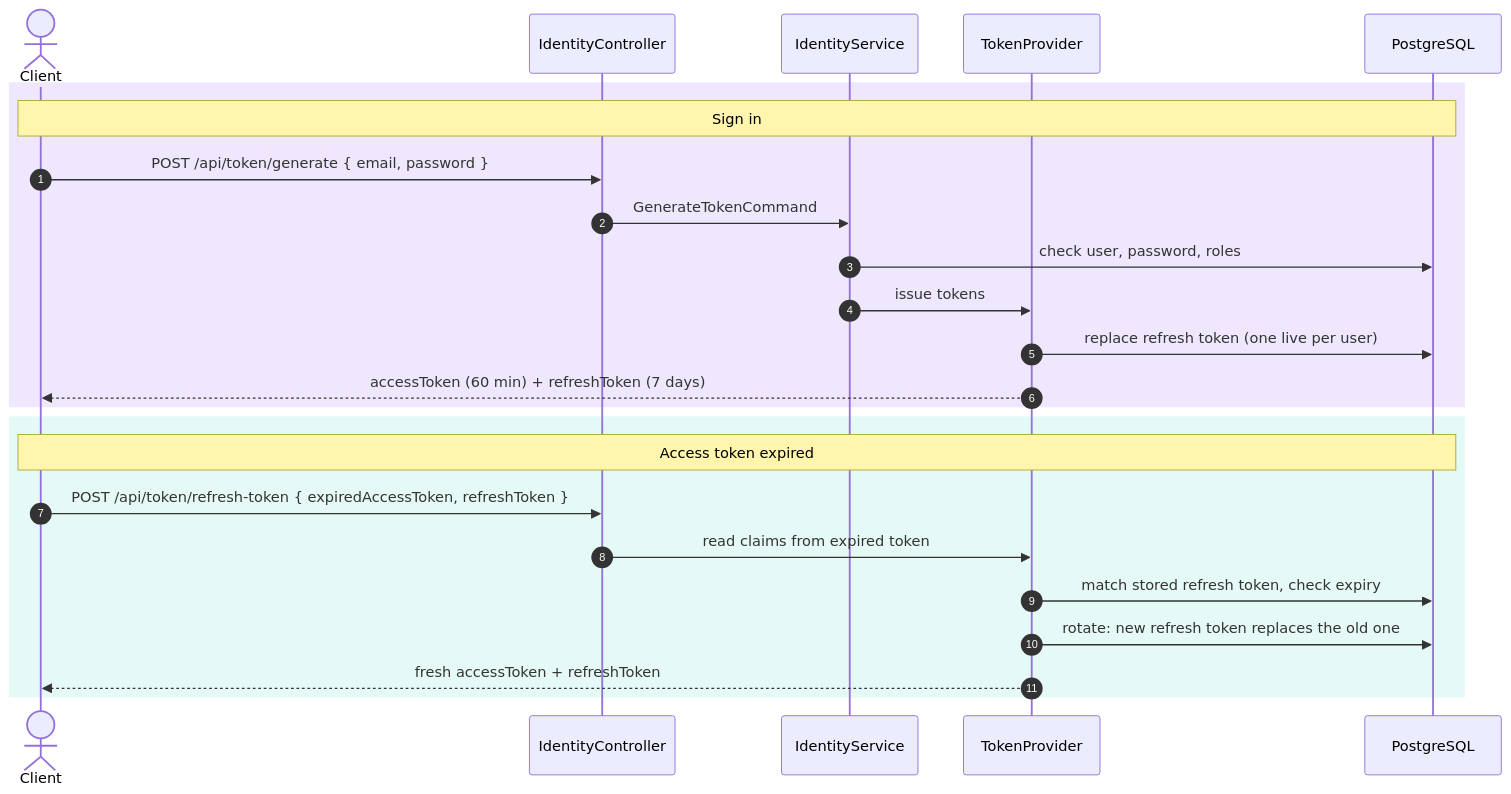
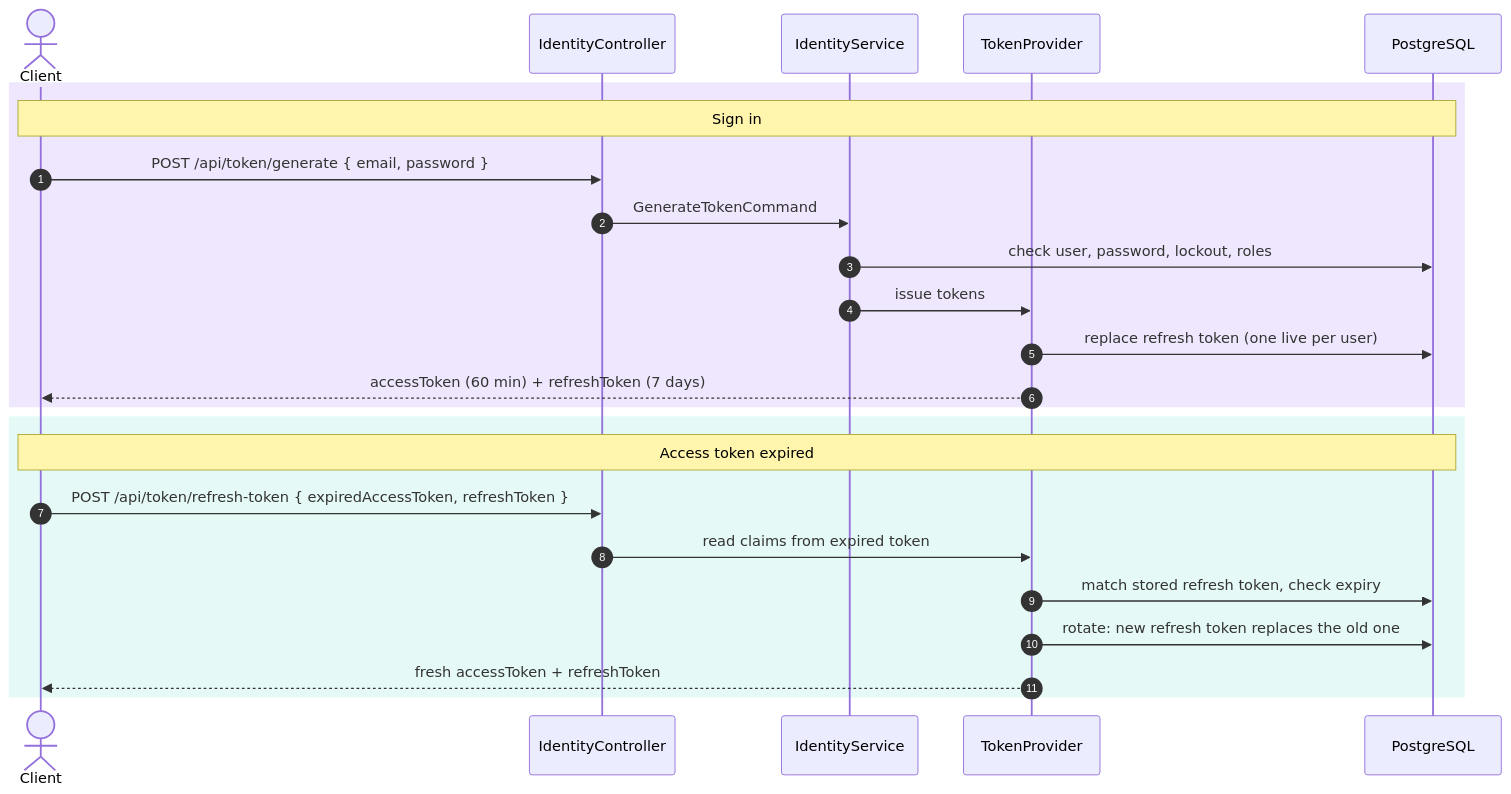
The fifth of 13 diagrams in docs/SHOWCASE.md (fat7i-alghareeb/BackEnd_templete), drawn with Mermaid before and after one commit. The commit also changed other lines of this file and 49 other files, not shown here.

````diff
--- a/docs/SHOWCASE.md
+++ b/docs/SHOWCASE.md
@@ -341,28 +344,28 @@
 ```mermaid
 sequenceDiagram
     autonumber
     actor U as Client
     participant A as IdentityController
     participant S as IdentityService
     participant T as TokenProvider
     participant DB as PostgreSQL
 
     rect rgba(124, 58, 237, 0.12)
     Note over U,DB: Sign in
     U->>A: POST /api/token/generate { email, password }
     A->>S: GenerateTokenCommand
-    S->>DB: check user, password, roles
+    S->>DB: check user, password, lockout, roles
     S->>T: issue tokens
     T->>DB: replace refresh token (one live per user)
     T-->>U: accessToken (60 min) + refreshToken (7 days)
     end
 
     rect rgba(45, 212, 191, 0.12)
     Note over U,DB: Access token expired
     U->>A: POST /api/token/refresh-token { expiredAccessToken, refreshToken }
     A->>T: read claims from expired token
     T->>DB: match stored refresh token, check expiry
     T->>DB: rotate: new refresh token replaces the old one
     T-->>U: fresh accessToken + refreshToken
     end
 ```
````
